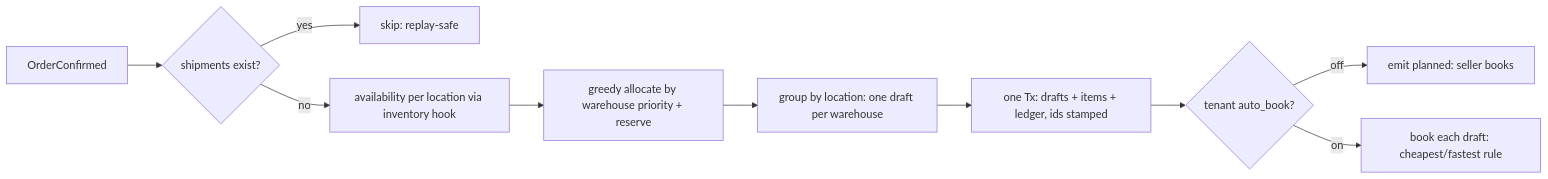
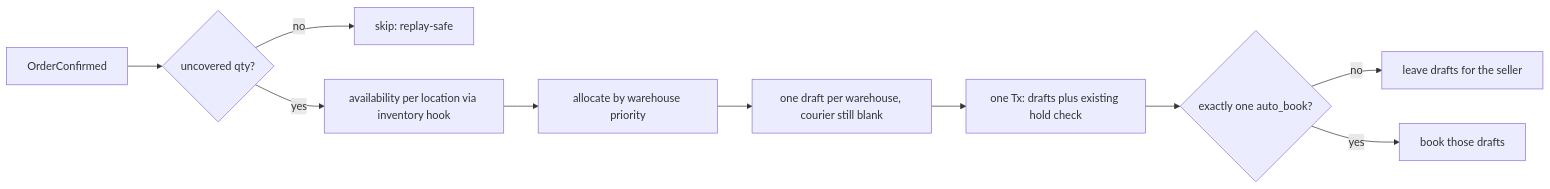
Before and after one commit to Zatu-ecom/ecommerce-be: the fourth of 6 diagrams in specs/013-courier-fulfillment-platform/data-model.md, drawn with Mermaid. The commit also changed other lines of this file and 1 other file, not shown here.

Commit message:
refactor(fulfillment): update pickup alias handling to derive nickname at book time

````diff
--- a/specs/013-courier-fulfillment-platform/data-model.md
+++ b/specs/013-courier-fulfillment-platform/data-model.md
@@ -124,12 +122,12 @@
 ```mermaid
 flowchart LR
-    OC[OrderConfirmed] --> G{shipments exist?}
-    G -- yes --> SKIP[skip: replay-safe]
-    G -- no --> A[availability per location via inventory hook]
-    A --> B[greedy allocate by warehouse priority + reserve]
-    B --> C[group by location: one draft per warehouse]
-    C --> TX[one Tx: drafts + items + ledger, ids stamped]
-    TX --> F{tenant auto_book?}
-    F -- off --> E1[emit planned: seller books]
-    F -- on --> E2[book each draft: cheapest/fastest rule]
+    OC[OrderConfirmed] --> G{uncovered qty?}
+    G -- no --> SKIP[skip: replay-safe]
+    G -- yes --> A[availability per location via inventory hook]
+    A --> B[allocate by warehouse priority]
+    B --> C[one draft per warehouse, courier still blank]
+    C --> TX[one Tx: drafts plus existing hold check]
+    TX --> F{exactly one auto_book?}
+    F -- no --> E1[leave drafts for the seller]
+    F -- yes --> E2[book those drafts]
 ```
````
